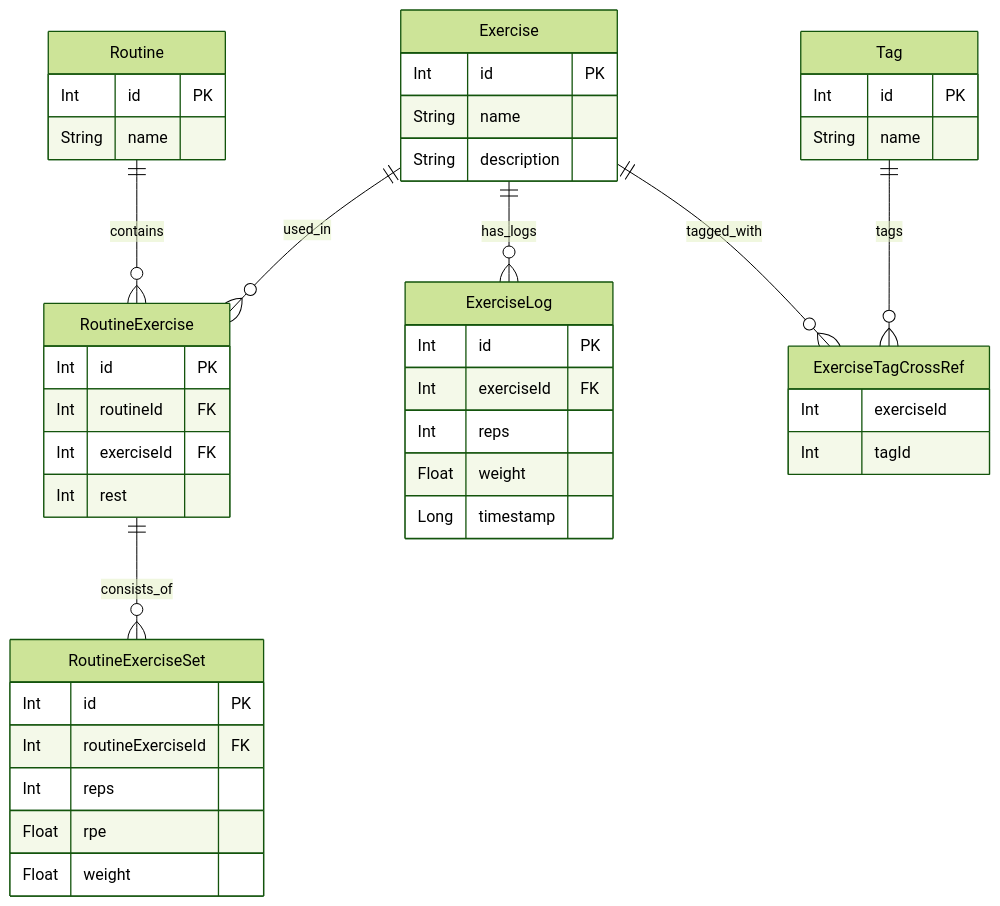
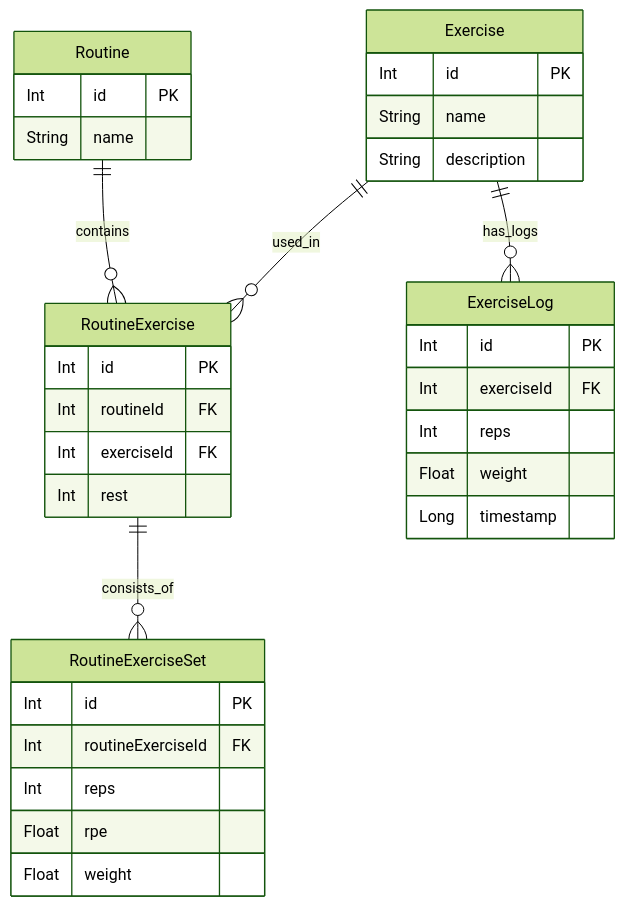
Before and after one commit to Ramigiusz/GymApp: the second of 2 diagrams in README.md, drawn with Mermaid (forest theme).

````diff
--- a/README.md
+++ b/README.md
@@ -99,46 +99,38 @@
 ```mermaid
 erDiagram
     Routine ||--o{ RoutineExercise : contains
     Exercise ||--o{ RoutineExercise : used_in
     RoutineExercise ||--o{ RoutineExerciseSet : consists_of
     Exercise ||--o{ ExerciseLog : has_logs
-    Exercise ||--o{ ExerciseTagCrossRef : tagged_with
-    Tag ||--o{ ExerciseTagCrossRef : tags
-    ExerciseTagCrossRef {
-        Int exerciseId
-        Int tagId
-    }
+
     Routine {
         Int id PK
         String name
     }
     Exercise {
         Int id PK
         String name
         String description
     }
     RoutineExercise {
         Int id PK
         Int routineId FK
         Int exerciseId FK
         Int rest
     }
     RoutineExerciseSet {
         Int id PK
         Int routineExerciseId FK
         Int reps
         Float rpe
         Float weight
     }
-    Tag {
-        Int id PK
-        String name
-    }
+
     ExerciseLog {
         Int id PK
         Int exerciseId FK
         Int reps
         Float weight
         Long timestamp
     }
 ```
````
